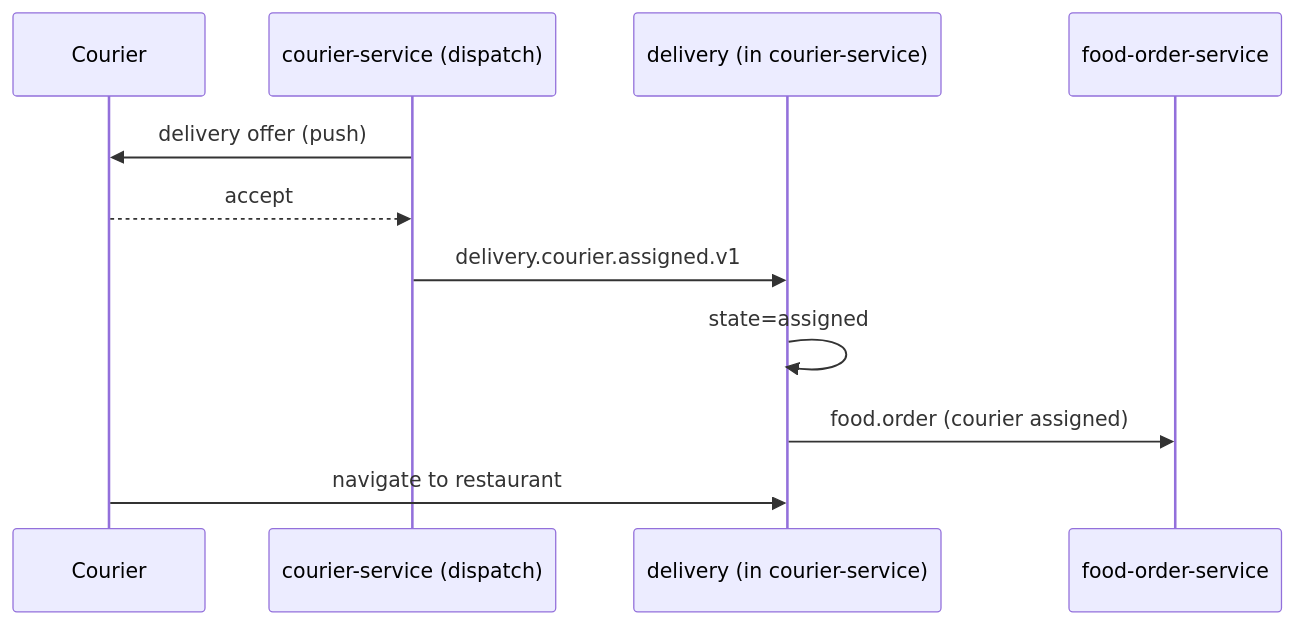
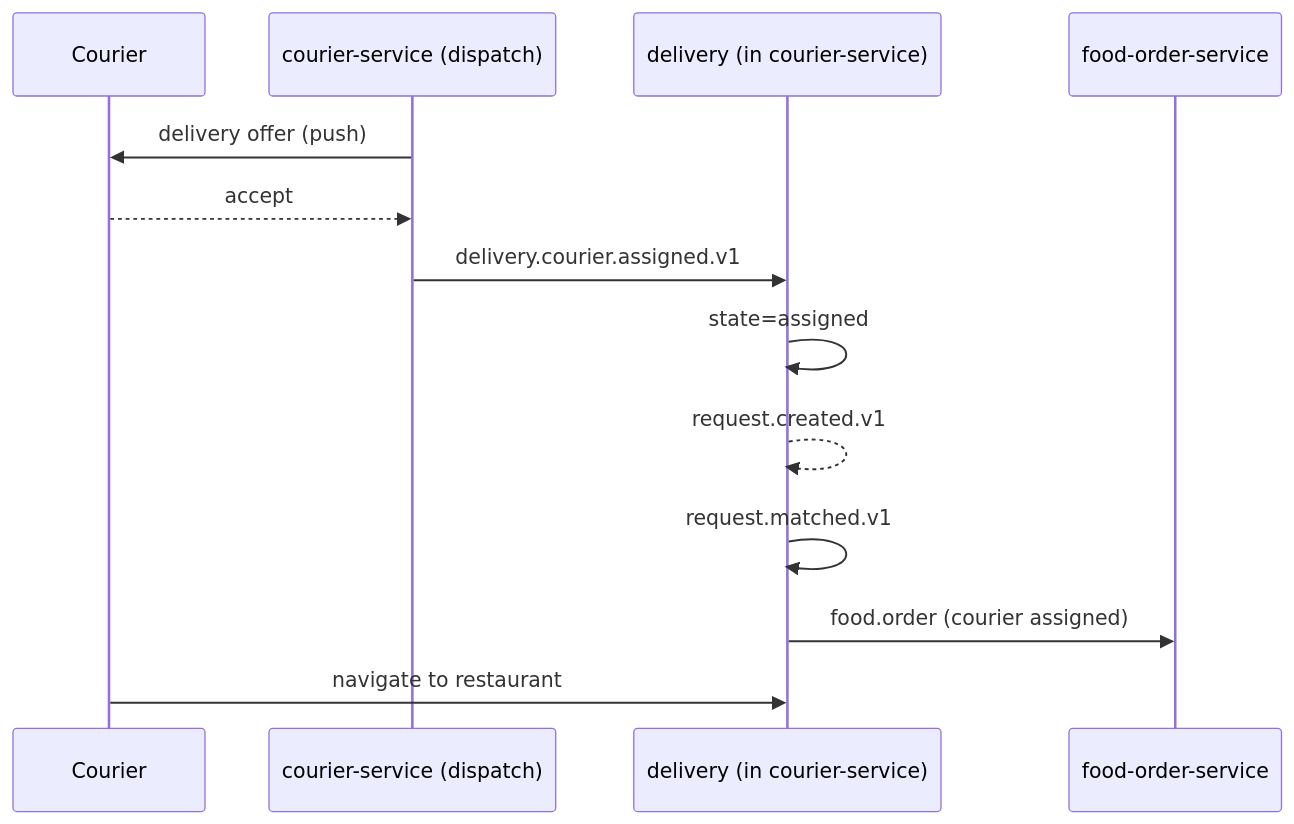
The fourth of 8 diagrams in docs/workflows/COURIER_WORKFLOWS.md (mohamedhabibwork/trips-enjoy-docs), drawn with Mermaid before and after one commit. The commit also changed other lines of this file and 201 other files, not shown here.

````diff
--- a/docs/workflows/COURIER_WORKFLOWS.md
+++ b/docs/workflows/COURIER_WORKFLOWS.md
@@ -52,14 +79,16 @@
 ```mermaid
 sequenceDiagram
     participant CR as Courier
     participant COS as courier-service (dispatch)
     participant DLV as delivery (in courier-service)
     participant FOR as food-order-service
 
     COS->>CR: delivery offer (push)
     CR-->>COS: accept
     COS->>DLV: delivery.courier.assigned.v1
     DLV->>DLV: state=assigned
+    DLV-->>DLV: request.created.v1
+    DLV->>DLV: request.matched.v1
     DLV->>FOR: food.order (courier assigned)
     CR->>DLV: navigate to restaurant
 ```
````
